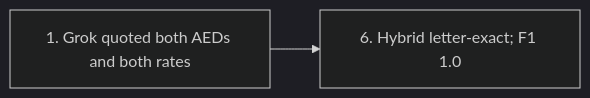
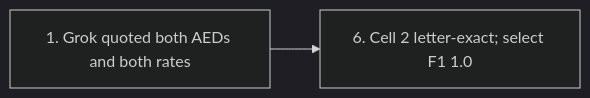
One commit to cbrown564-alt/clinical_extraction changed the eighth of 8 diagrams in docs/research/paper/flagship_3_letter_suite_2026-08-11.md. Above: the diagram before and after it, drawn with Mermaid (dark theme). The commit also changed other lines of this file and 26 other files, not shown here.

````diff
--- a/docs/research/paper/flagship_3_letter_suite_2026-08-11.md
+++ b/docs/research/paper/flagship_3_letter_suite_2026-08-11.md
@@ -264,4 +267,4 @@
 ```mermaid
 flowchart LR
-  E3_S1["1. Grok quoted both AEDs and both rates"] --> E3_S6["6. Hybrid letter-exact; F1 1.0"]
+  E3_S1["1. Grok quoted both AEDs and both rates"] --> E3_S6["6. Cell 2 letter-exact; select F1 1.0"]
 ```
````
